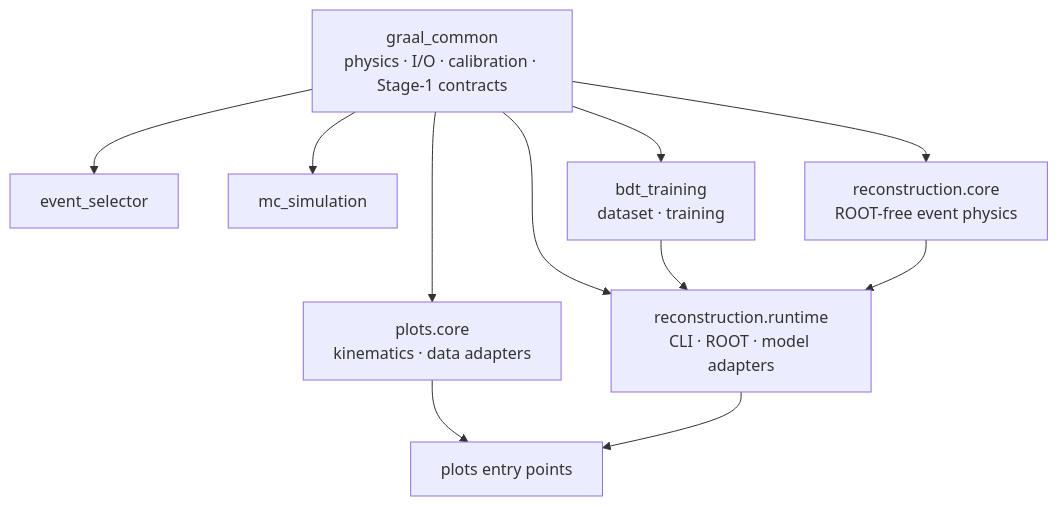
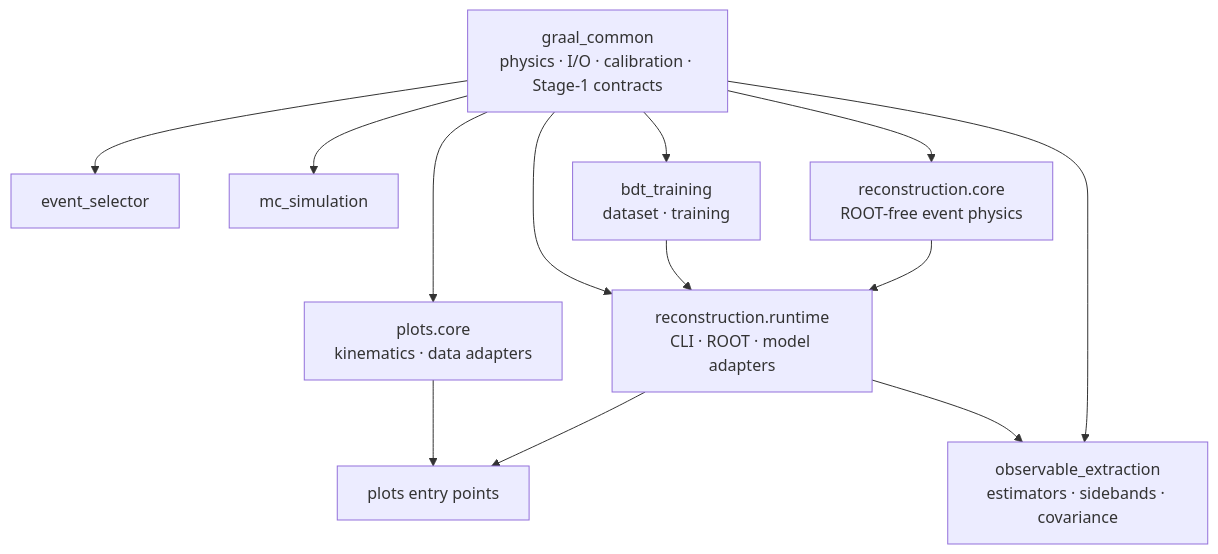
One commit to AntoninoFulci/GRAAL_Analysis changed the second of 2 diagrams in wiki/architecture.md. Above: the diagram before and after it, drawn with Mermaid. The commit also changed other lines of this file and 60 other files, not shown here.

````diff
--- a/wiki/architecture.md
+++ b/wiki/architecture.md
@@ -37,21 +40,23 @@
 ```mermaid
 flowchart TD
     COMMON[graal_common\nphysics · I/O · calibration · Stage-1 contracts]
     SELECTOR[event_selector]
     MC[mc_simulation]
     TRAIN[bdt_training\ndataset · training]
     RECOCORE[reconstruction.core\nROOT-free event physics]
     RECORT[reconstruction.runtime\nCLI · ROOT · model adapters]
     PLOTCORE[plots.core\nkinematics · data adapters]
     PLOTS[plots entry points]
     COMMON --> SELECTOR
     COMMON --> MC
     COMMON --> TRAIN
     COMMON --> RECOCORE
     COMMON --> RECORT
     COMMON --> PLOTCORE
     TRAIN --> RECORT
     RECOCORE --> RECORT
     PLOTCORE --> PLOTS
     RECORT --> PLOTS
+    RECORT --> OBS[observable_extraction\nestimators · sidebands · covariance]
+    COMMON --> OBS
 ```
````
